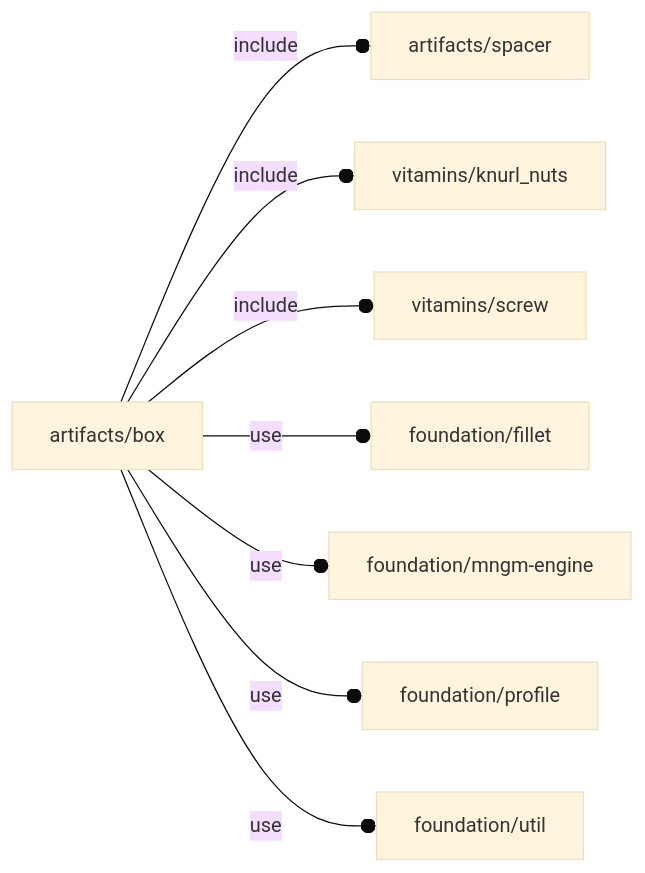
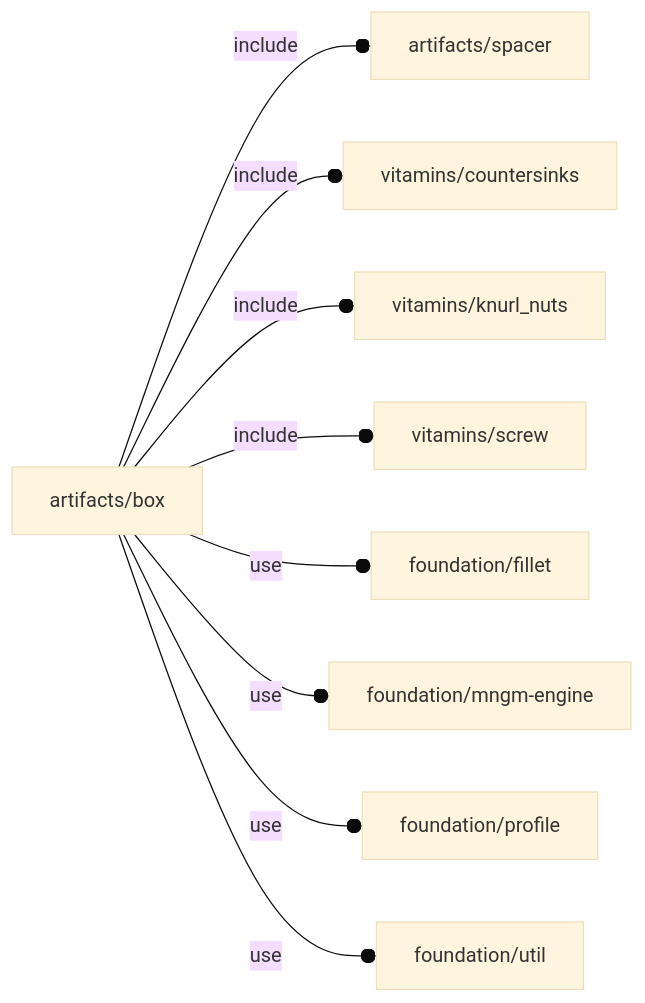
One commit to ggabbiani/OFL changed the diagram in orthodocs/artifacts/box.md. Above: the diagram before and after it, drawn with Mermaid (base theme). The commit also changed 16 other files, not shown here.

````diff
--- a/orthodocs/artifacts/box.md
+++ b/orthodocs/artifacts/box.md
@@ -5,10 +5,11 @@
 ```mermaid
 graph LR
     A1[artifacts/box] --o|include| A2[artifacts/spacer]
-    A1 --o|include| A3[vitamins/knurl_nuts]
-    A1 --o|include| A4[vitamins/screw]
-    A1 --o|use| A5[foundation/fillet]
-    A1 --o|use| A6[foundation/mngm-engine]
-    A1 --o|use| A7[foundation/profile]
-    A1 --o|use| A8[foundation/util]
+    A1 --o|include| A3[vitamins/countersinks]
+    A1 --o|include| A4[vitamins/knurl_nuts]
+    A1 --o|include| A5[vitamins/screw]
+    A1 --o|use| A6[foundation/fillet]
+    A1 --o|use| A7[foundation/mngm-engine]
+    A1 --o|use| A8[foundation/profile]
+    A1 --o|use| A9[foundation/util]
 ```
````
